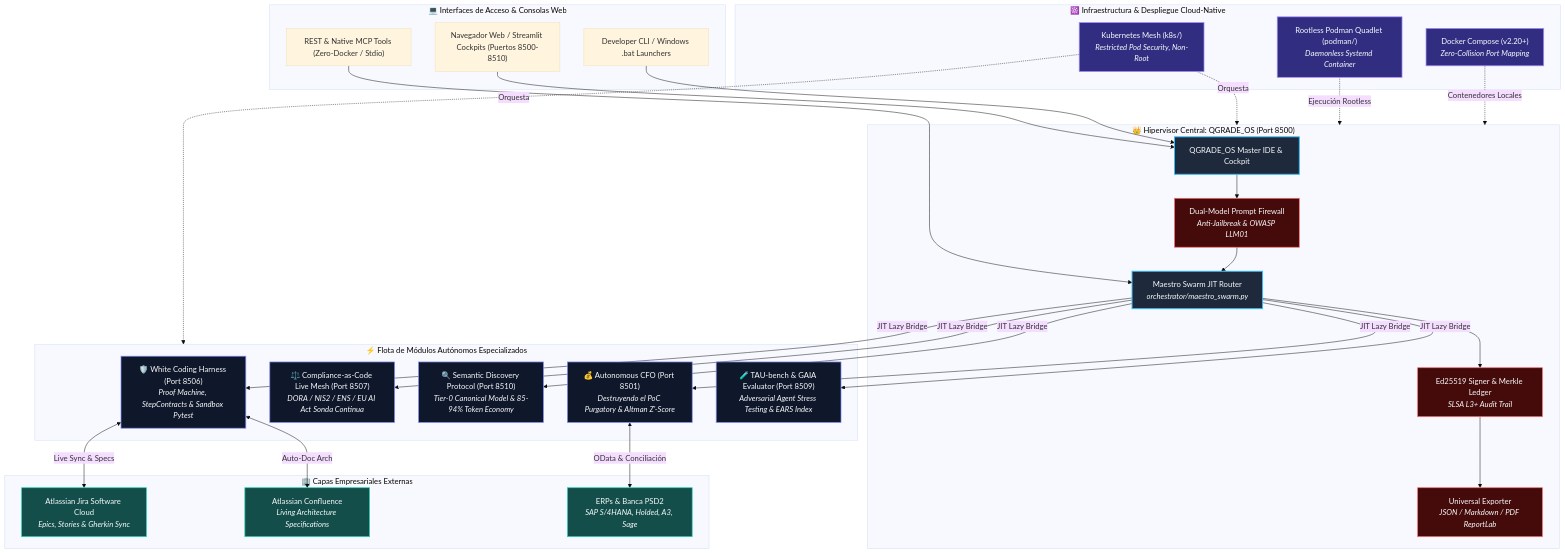
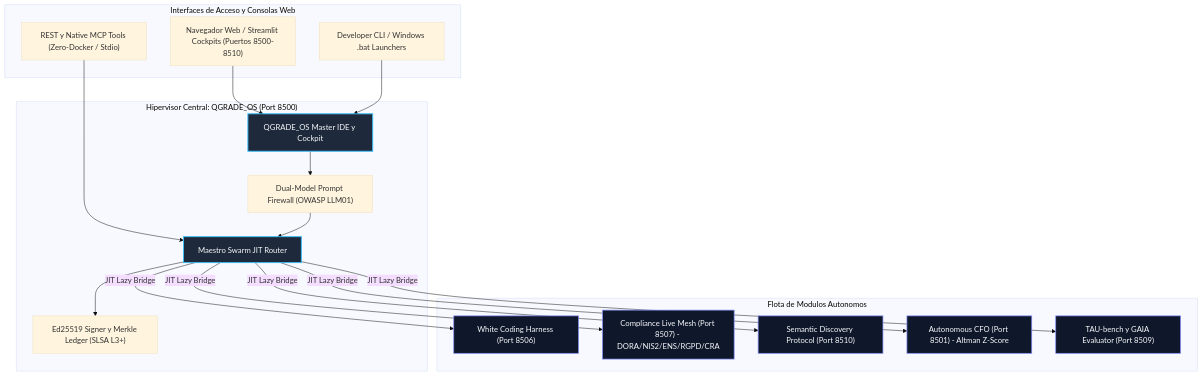
One commit to Tardigrado-76/Capgemini changed the diagram in README.md. Above: the diagram before and after it, drawn with Mermaid (base theme). The commit also changed other lines of this file, not shown here.

Commit message:
docs(wave6): RGPD+CRA+Altman+StepContract bridges, 32/169 tests, no emojis

````diff
--- a/README.md
+++ b/README.md
@@ -27,72 +27,42 @@
 ```mermaid
 graph TD
     classDef cockpit fill:#1E293B,stroke:#38BDF8,stroke-width:2px,color:#F8FAFC;
     classDef satellite fill:#0F172A,stroke:#818CF8,stroke-width:1.5px,color:#F8FAFC;
     classDef enterprise fill:#134E4A,stroke:#2DD4BF,stroke-width:1.5px,color:#F8FAFC;
-    classDef infra fill:#312E81,stroke:#A78BFA,stroke-width:1.5px,color:#F8FAFC;
-    classDef security fill:#450A0A,stroke:#F87171,stroke-width:1.5px,color:#F8FAFC;
 
-    subgraph ClientLayer ["💻 Interfaces de Acceso & Consolas Web"]
+    subgraph ClientLayer ["Interfaces de Acceso y Consolas Web"]
         WEB["Navegador Web / Streamlit Cockpits (Puertos 8500-8510)"]
         CLI["Developer CLI / Windows .bat Launchers"]
-        API["REST & Native MCP Tools (Zero-Docker / Stdio)"]
+        API["REST y Native MCP Tools (Zero-Docker / Stdio)"]
     end
 
-    subgraph Maestro ["👑 Hipervisor Central: QGRADE_OS (Port 8500)"]
-        QG["QGRADE_OS Master IDE & Cockpit"]
-        SWARM["Maestro Swarm JIT Router<br/><i>orchestrator/maestro_swarm.py</i>"]
-        FW["Dual-Model Prompt Firewall<br/><i>Anti-Jailbreak & OWASP LLM01</i>"]
-        ED["Ed25519 Signer & Merkle Ledger<br/><i>SLSA L3+ Audit Trail</i>"]
-        EXP["Universal Exporter<br/><i>JSON / Markdown / PDF ReportLab</i>"]
+    subgraph Maestro ["Hipervisor Central: QGRADE_OS (Port 8500)"]
+        QG["QGRADE_OS Master IDE y Cockpit"]
+        SWARM["Maestro Swarm JIT Router"]
+        FW["Dual-Model Prompt Firewall (OWASP LLM01)"]
+        ED["Ed25519 Signer y Merkle Ledger (SLSA L3+)"]
     end
 
-    subgraph Satellites ["⚡ Flota de Módulos Autónomos Especializados"]
-        WCH["🛡️ White Coding Harness (Port 8506)<br/><i>Proof Machine, StepContracts & Sandbox Pytest</i>"]
-        CMP["⚖️ Compliance-as-Code Live Mesh (Port 8507)<br/><i>DORA / NIS2 / ENS / EU AI Act Sonda Continua</i>"]
-        SDP["🔍 Semantic Discovery Protocol (Port 8510)<br/><i>Tier-0 Canonical Model & 85-94% Token Economy</i>"]
-        CFO["💰 Autonomous CFO (Port 8501)<br/><i>Destruyendo el PoC Purgatory & Altman Z'-Score</i>"]
-        TAU["🧪 TAU-bench & GAIA Evaluator (Port 8509)<br/><i>Adversarial Agent Stress Testing & EARS Index</i>"]
-    end
-
-    subgraph EnterpriseBridge ["🏢 Capas Empresariales Externas"]
-        JIRA["Atlassian Jira Software Cloud<br/><i>Epics, Stories & Gherkin Sync</i>"]
-        CONF["Atlassian Confluence<br/><i>Living Architecture Specifications</i>"]
-        ERPS["ERPs & Banca PSD2<br/><i>SAP S/4HANA, Holded, A3, Sage</i>"]
-    end
-
-    subgraph InfraMesh ["☸️ Infraestructura & Despliegue Cloud-Native"]
-        K8S["Kubernetes Mesh (k8s/)<br/><i>Restricted Pod Security, Non-Root</i>"]
-        PODMAN["Rootless Podman Quadlet (podman/)<br/><i>Daemonless Systemd Container</i>"]
-        DOCKER["Docker Compose (v2.20+)<br/><i>Zero-Collision Port Mapping</i>"]
+    subgraph Satellites ["Flota de Modulos Autonomos"]
+        WCH["White Coding Harness (Port 8506)"]
+        CMP["Compliance Live Mesh (Port 8507) - DORA/NIS2/ENS/RGPD/CRA"]
+        SDP["Semantic Discovery Protocol (Port 8510)"]
+        CFO["Autonomous CFO (Port 8501) - Altman Z-Score"]
+        TAU["TAU-bench y GAIA Evaluator (Port 8509)"]
     end
 
     WEB --> QG
     CLI --> QG
     API --> SWARM
-
     QG --> FW
     FW --> SWARM
     SWARM --> ED
-    ED --> EXP
-
     SWARM -->|JIT Lazy Bridge| WCH
     SWARM -->|JIT Lazy Bridge| CMP
     SWARM -->|JIT Lazy Bridge| SDP
     SWARM -->|JIT Lazy Bridge| CFO
     SWARM -->|JIT Lazy Bridge| TAU
 
-    WCH <-->|Live Sync & Specs| JIRA
-    WCH <-->|Auto-Doc Arch| CONF
-    CFO <-->|OData & Conciliación| ERPS
-
-    K8S -.->|Orquesta| Maestro
-    K8S -.->|Orquesta| Satellites
-    PODMAN -.->|Ejecución Rootless| Maestro
-    DOCKER -.->|Contenedores Locales| Maestro
-
     class QG,SWARM cockpit;
     class WCH,CMP,SDP,CFO,TAU satellite;
-    class JIRA,CONF,ERPS enterprise;
-    class K8S,PODMAN,DOCKER infra;
-    class FW,ED,EXP security;
 ```
````
